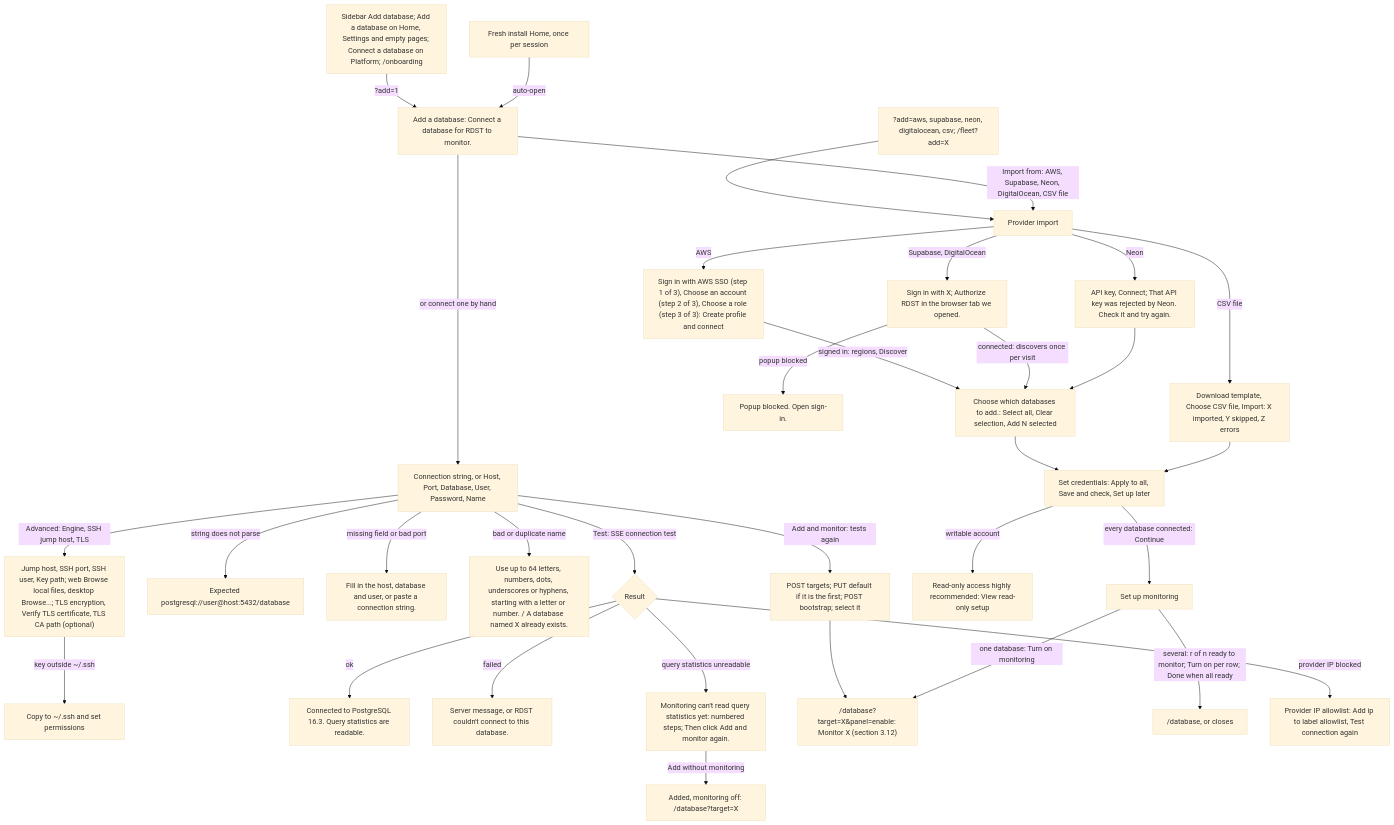
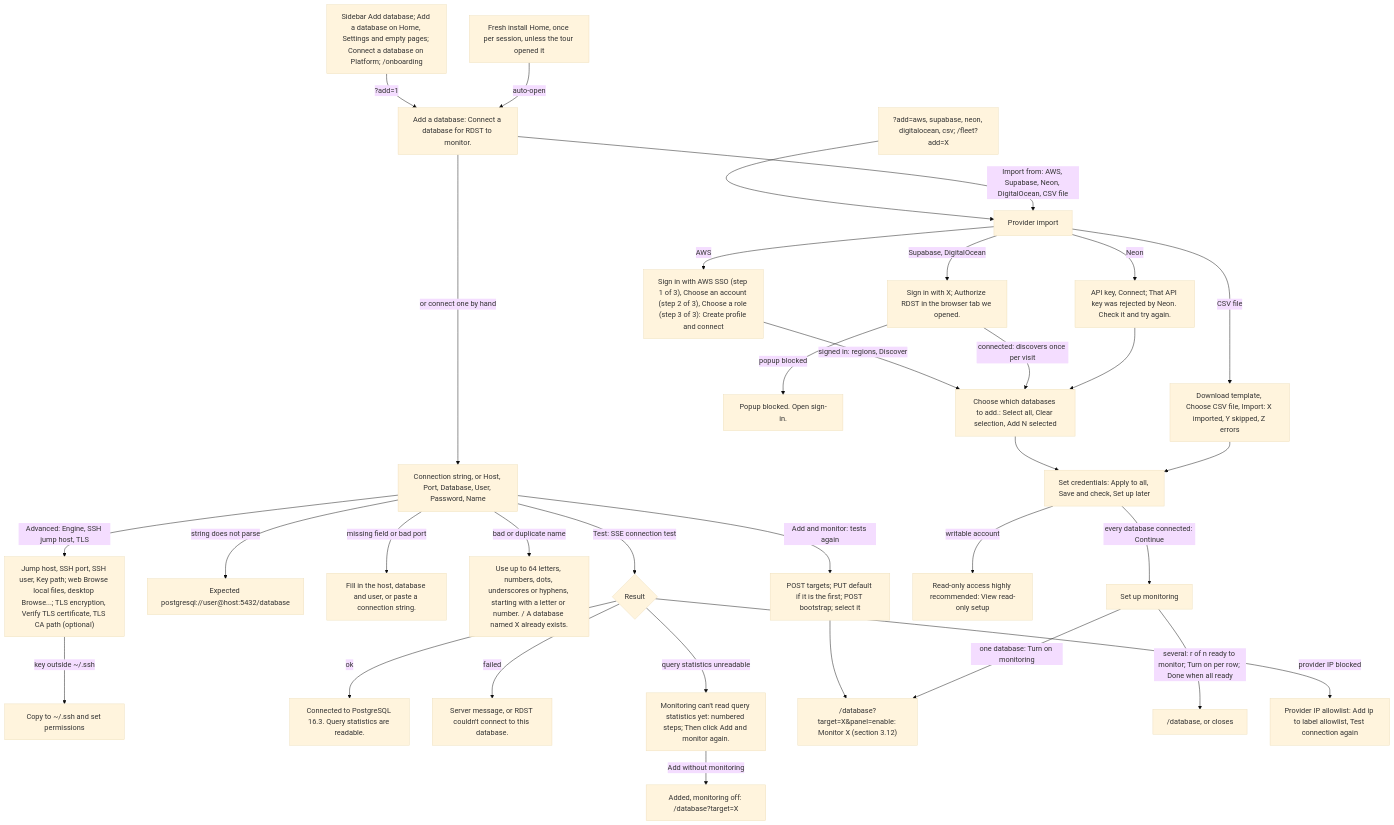
The third of 16 diagrams in web/relentless/UX_MAP.md (readysettech/rdst), drawn with Mermaid (base theme) before and after one commit. The commit also changed other lines of this file and 32 other files, not shown here.

````diff
--- a/web/relentless/UX_MAP.md
+++ b/web/relentless/UX_MAP.md
@@ -126,36 +133,36 @@
 ```mermaid
 flowchart TD
   openers["Sidebar Add database; Add a database on Home, Settings and empty pages; Connect a database on Platform; /onboarding"] -->|"?add=1"| dlg["Add a database: Connect a database for RDST to monitor."]
-  first_run["Fresh install Home, once per session"] -->|"auto-open"| dlg
+  first_run["Fresh install Home, once per session, unless the tour opened it"] -->|"auto-open"| dlg
   links["?add=aws, supabase, neon, digitalocean, csv; /fleet?add=X"] --> import["Provider import"]
   dlg -->|"Import from: AWS, Supabase, Neon, DigitalOcean, CSV file"| import
   dlg -->|"or connect one by hand"| form["Connection string, or Host, Port, Database, User, Password, Name"]
   form -->|"Advanced: Engine, SSH jump host, TLS"| adv["Jump host, SSH port, SSH user, Key path; web Browse local files, desktop Browse...; TLS encryption, Verify TLS certificate, TLS CA path (optional)"]
   adv -->|"key outside ~/.ssh"| ssh_copy["Copy to ~/.ssh and set permissions"]
   form -->|"string does not parse"| str_err["Expected postgresql://user@host:5432/database"]
   form -->|"missing field or bad port"| field_err["Fill in the host, database and user, or paste a connection string."]
   form -->|"bad or duplicate name"| name_err["Use up to 64 letters, numbers, dots, underscores or hyphens, starting with a letter or number. / A database named X already exists."]
   form -->|"Test: SSE connection test"| test{"Result"}
   test -->|"ok"| ok["Connected to PostgreSQL 16.3. Query statistics are readable."]
   test -->|"failed"| fail["Server message, or RDST couldn't connect to this database."]
   test -->|"query statistics unreadable"| capture["Monitoring can't read query statistics yet: numbered steps; Then click Add and monitor again."]
   form -->|"Add and monitor: tests again"| add["POST targets; PUT default if it is the first; POST bootstrap; select it"]
   capture -->|"Add without monitoring"| add_off["Added, monitoring off: /database?target=X"]
   add --> enable["/database?target=X&panel=enable: Monitor X (section 3.12)"]
 
   import -->|"AWS"| aws["Sign in with AWS SSO (step 1 of 3), Choose an account (step 2 of 3), Choose a role (step 3 of 3): Create profile and connect"]
   aws -->|"signed in: regions, Discover"| preview
   import -->|"Supabase, DigitalOcean"| oauth["Sign in with X; Authorize RDST in the browser tab we opened."]
   oauth -->|"popup blocked"| popup["Popup blocked. Open sign-in."]
   oauth -->|"connected: discovers once per visit"| preview
   import -->|"Neon"| neon["API key, Connect; That API key was rejected by Neon. Check it and try again."]
   neon --> preview["Choose which databases to add.: Select all, Clear selection, Add N selected"]
   import -->|"CSV file"| csv["Download template, Choose CSV file, Import: X imported, Y skipped, Z errors"]
   preview --> creds["Set credentials: Apply to all, Save and check, Set up later"]
   csv --> creds
   creds -->|"writable account"| ro["Read-only access highly recommended: View read-only setup"]
   creds -->|"every database connected: Continue"| setup["Set up monitoring"]
   setup -->|"one database: Turn on monitoring"| enable
   setup -->|"several: r of n ready to monitor; Turn on per row; Done when all ready"| db_page["/database, or closes"]
   test -->|"provider IP blocked"| allow["Provider IP allowlist: Add ip to label allowlist, Test connection again"]
 ```
````
